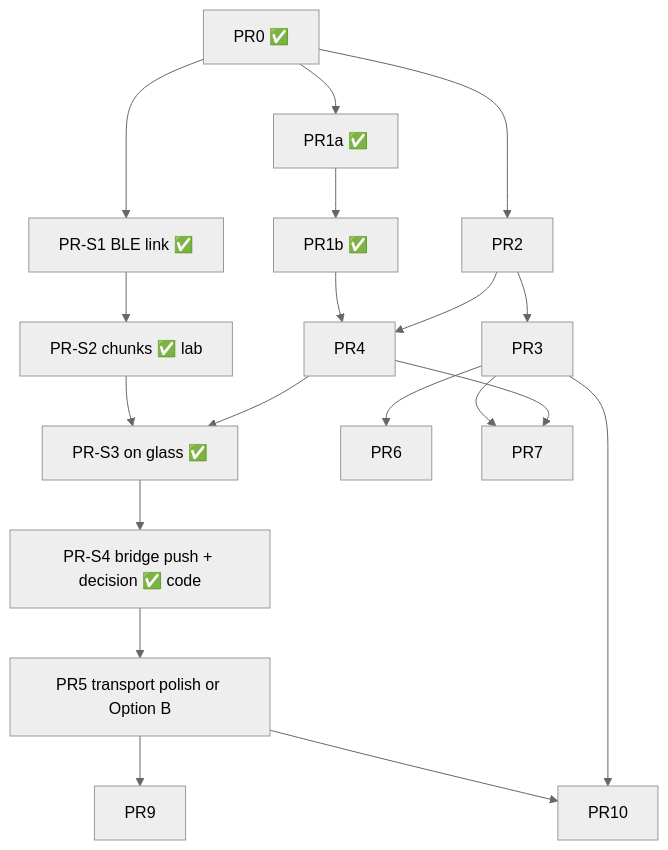
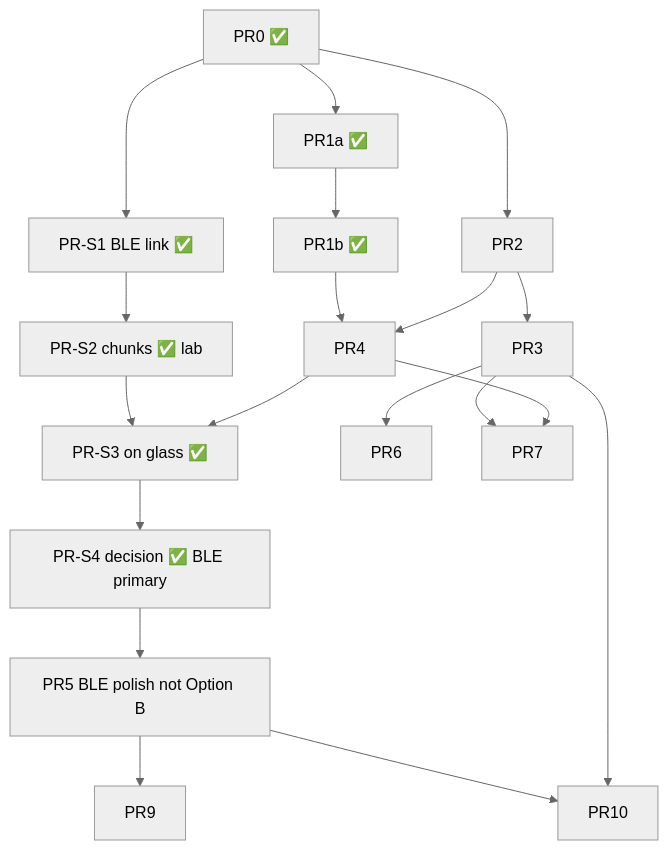
The third of 3 diagrams in docs/mvp-product-design.md (bakkerme/agent-control-deck), drawn with Mermaid (neutral theme) before and after one commit. The commit also changed other lines of this file and 1 other file, not shown here.

First line of the commit message:
docs: close BLE spike — lock primary host-push transport

````diff
--- a/docs/mvp-product-design.md
+++ b/docs/mvp-product-design.md
@@ -1228,20 +1230,20 @@
 ```mermaid
 flowchart TD
   PR0[PR0 ✅] --> PR1a[PR1a ✅] --> PR1b[PR1b ✅]
   PR0 --> PR2
   PR0 --> PRS1[PR-S1 BLE link ✅]
   PRS1 --> PRS2[PR-S2 chunks ✅ lab]
   PR1b --> PR4
   PR2 --> PR4
   PR2 --> PR3
   PRS2 --> PRS3[PR-S3 on glass ✅]
   PR4 --> PRS3
-  PRS3 --> PRS4[PR-S4 bridge push + decision ✅ code]
-  PRS4 --> PR5[PR5 transport polish or Option B]
+  PRS3 --> PRS4[PR-S4 decision ✅ BLE primary]
+  PRS4 --> PR5[PR5 BLE polish not Option B]
   PR3 --> PR6
   PR3 --> PR7
   PR4 --> PR7
   PR5 --> PR9
   PR5 --> PR10
   PR3 --> PR10
 ```
````
